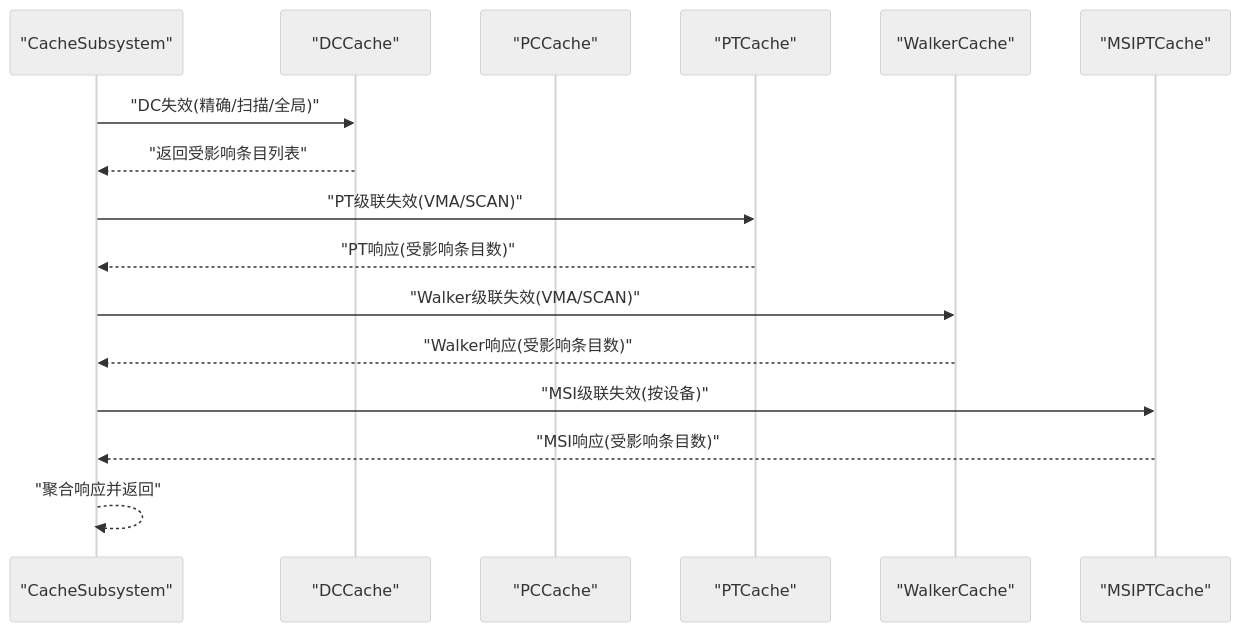
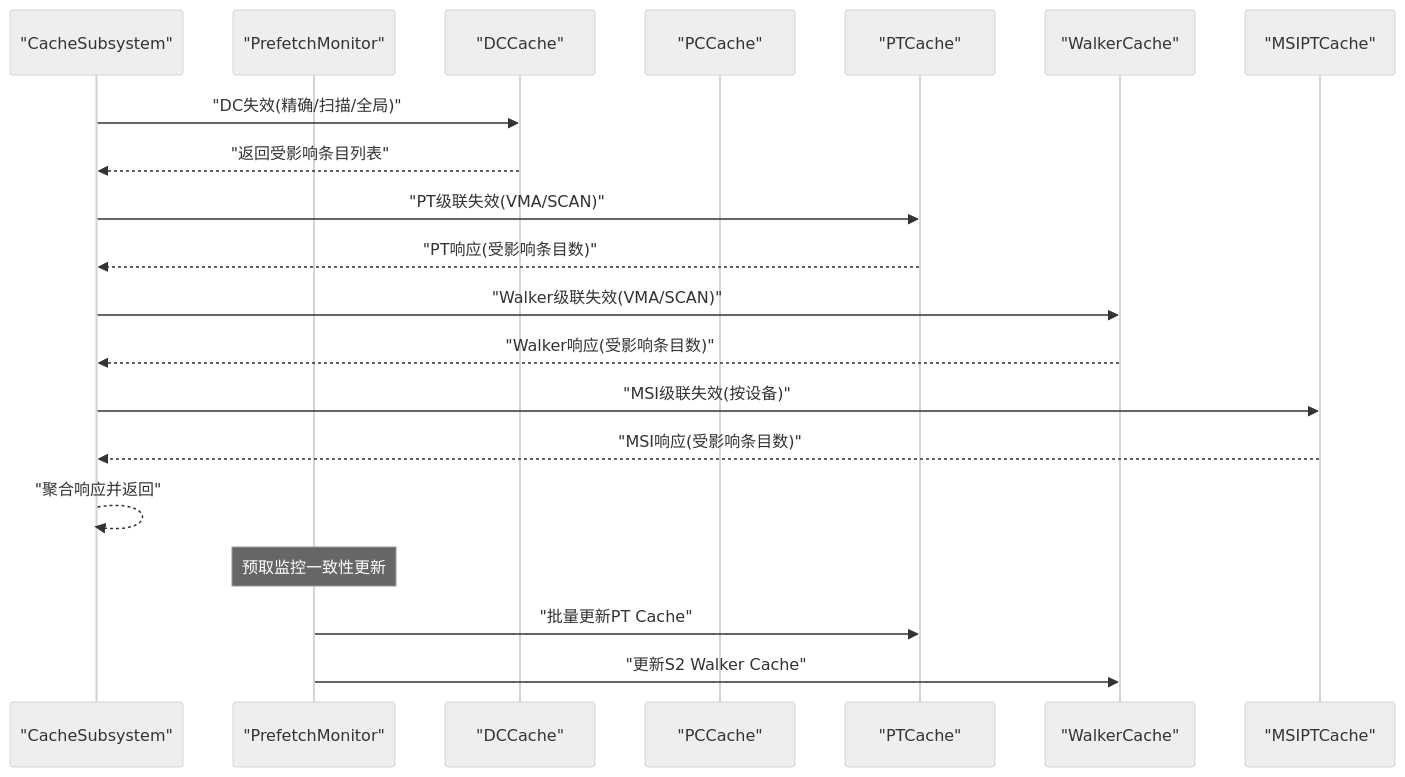
The tenth of 11 diagrams in .qoder/repowiki/zh/content/缓存系统/缓存系统.md (jiangjiang1122/iommu_model_20260401_v1), drawn with Mermaid (neutral theme) before and after one commit. The commit also changed other lines of this file and 21 other files, not shown here.

````diff
--- a/.qoder/repowiki/zh/content/缓存系统/缓存系统.md
+++ b/.qoder/repowiki/zh/content/缓存系统/缓存系统.md
@@ -345,18 +449,22 @@
 ```mermaid
 sequenceDiagram
 participant CS as "CacheSubsystem"
+participant PM as "PrefetchMonitor"
 participant DC as "DCCache"
 participant PC as "PCCache"
 participant PT as "PTCache"
 participant WC as "WalkerCache"
 participant MSI as "MSIPTCache"
 CS->>DC : "DC失效(精确/扫描/全局)"
 DC-->>CS : "返回受影响条目列表"
 CS->>PT : "PT级联失效(VMA/SCAN)"
 PT-->>CS : "PT响应(受影响条目数)"
 CS->>WC : "Walker级联失效(VMA/SCAN)"
 WC-->>CS : "Walker响应(受影响条目数)"
 CS->>MSI : "MSI级联失效(按设备)"
 MSI-->>CS : "MSI响应(受影响条目数)"
 CS-->>CS : "聚合响应并返回"
+Note over PM : 预取监控一致性更新
+PM->>PT : "批量更新PT Cache"
+PM->>WC : "更新S2 Walker Cache"
 ```
````
